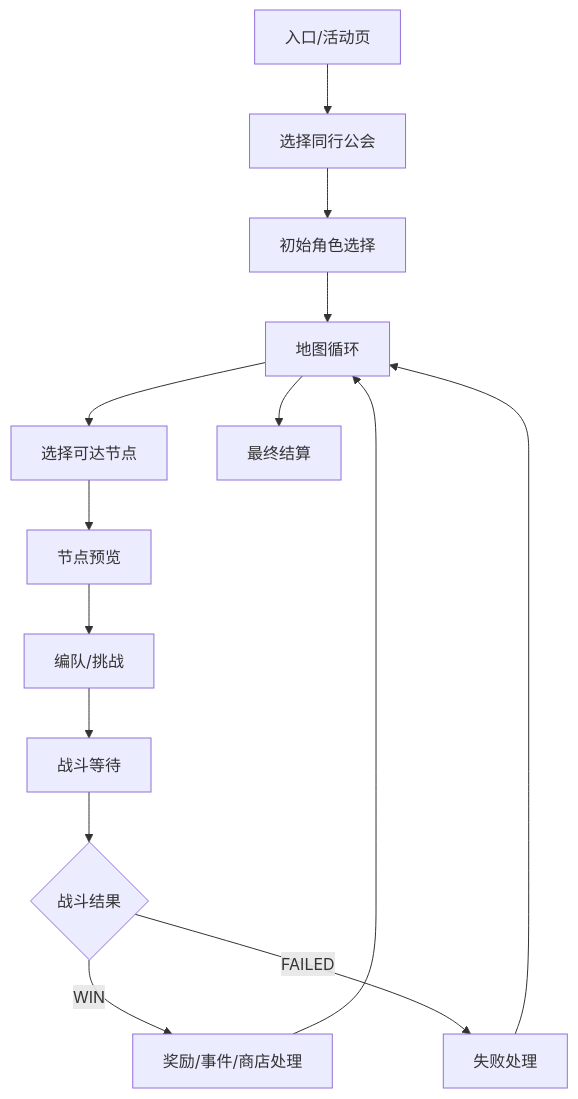
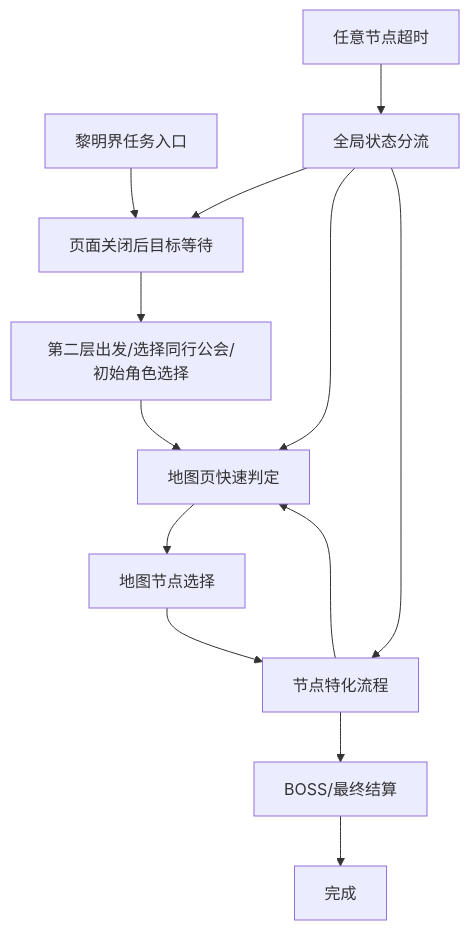
The diagram in docs/zh_cn/黎明界自动化流程设计.md (hitazuki/MaaPCR), drawn with Mermaid before and after one commit. The commit also changed other lines of this file and 4 other files, not shown here.

````diff
--- a/docs/zh_cn/黎明界自动化流程设计.md
+++ b/docs/zh_cn/黎明界自动化流程设计.md
@@ -25,16 +15,15 @@
 ```mermaid
 flowchart TD
-    A["入口/活动页"] --> B["选择同行公会"]
-    B --> C["初始角色选择"]
-    C --> D["地图循环"]
-    D --> E["选择可达节点"]
-    E --> F["节点预览"]
-    F --> G["编队/挑战"]
-    G --> H["战斗等待"]
-    H --> I{"战斗结果"}
-    I -->|WIN| J["奖励/事件/商店处理"]
-    I -->|FAILED| K["失败处理"]
-    J --> D
-    K --> D
-    D --> L["最终结算"]
+  A["黎明界任务入口"] --> B["页面关闭后目标等待"]
+  B --> C["第二层出发/选择同行公会/初始角色选择"]
+  C --> D["地图页快速判定"]
+  D --> E["地图节点选择"]
+  E --> F["节点特化流程"]
+  F --> D
+  F --> G["BOSS/最终结算"]
+  G --> H["完成"]
+  X["任意节点超时"] --> R["全局状态分流"]
+  R --> B
+  R --> D
+  R --> F
 ```
````
